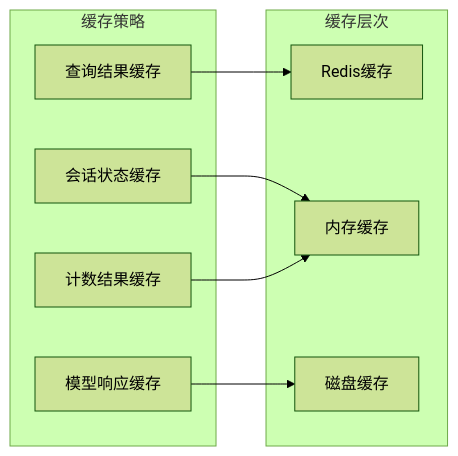
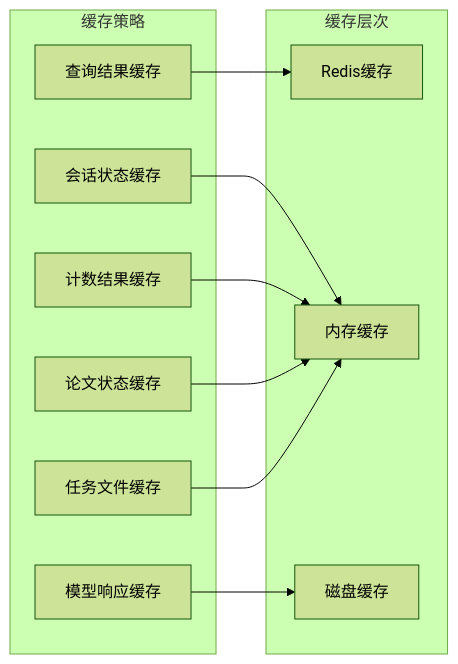
Diagram 12 of 13 in .qoder/repowiki/zh/content/API参考文档/大脑管理API.md (GDY-ai/AInstein), drawn with Mermaid (forest theme) before and after one commit. The commit also changed other lines of this file and 90 other files, not shown here.

````diff
--- a/.qoder/repowiki/zh/content/API参考文档/大脑管理API.md
+++ b/.qoder/repowiki/zh/content/API参考文档/大脑管理API.md
@@ -476,18 +600,22 @@
 ```mermaid
 graph LR
 subgraph "缓存层次"
 REDIS[Redis缓存]
 MEMORY[内存缓存]
 DISK[磁盘缓存]
 end
 subgraph "缓存策略"
 QUERY[查询结果缓存]
 SESSION[会话状态缓存]
 MODEL[模型响应缓存]
 COUNT[计数结果缓存]
+PAPERSTATE[论文状态缓存]
+TASKFILE[任务文件缓存]
 end
 QUERY --> REDIS
 SESSION --> MEMORY
 MODEL --> DISK
 COUNT --> MEMORY
+PAPERSTATE --> MEMORY
+TASKFILE --> MEMORY
 ```
````
